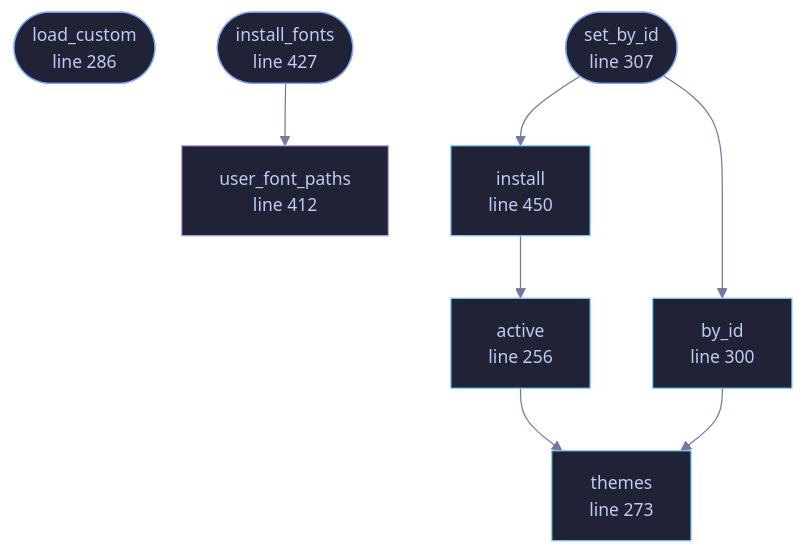
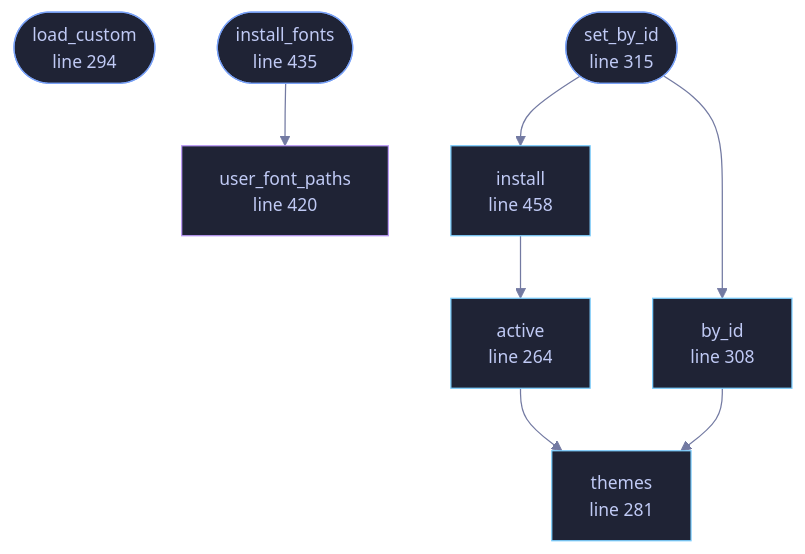
One commit to tilas01/veilvoice changed the diagram in docs/files/veilvoice-gui/theme.md. Above: the diagram before and after it, drawn with Mermaid. The commit also changed other lines of this file and 487 other files, not shown here.

````diff
--- a/docs/files/veilvoice-gui/theme.md
+++ b/docs/files/veilvoice-gui/theme.md
@@ -86,32 +95,32 @@
 ```mermaid
 %%{init: {"theme":"base","themeVariables":{"background":"#1a1b26","primaryColor":"#1f2335","primaryTextColor":"#c0caf5","primaryBorderColor":"#7aa2f7","secondaryColor":"#16161e","tertiaryColor":"#16161e","lineColor":"#737aa2","textColor":"#c0caf5","mainBkg":"#1f2335","nodeBorder":"#7aa2f7","clusterBkg":"#16161e","clusterBorder":"#2f3549","fontFamily":"ui-monospace, SFMono-Regular, Consolas, monospace","fontSize":"14px"}}}%%
 flowchart TD
-    n_active["active<br/>line 256"]
-    n_themes["themes<br/>line 273"]
-    n_load_custom(["load_custom<br/>line 286"])
-    n_by_id["by_id<br/>line 300"]
-    n_set_by_id(["set_by_id<br/>line 307"])
-    n_user_font_paths["user_font_paths<br/>line 412"]
-    n_install_fonts(["install_fonts<br/>line 427"])
-    n_install["install<br/>line 450"]
+    n_active["active<br/>line 264"]
+    n_themes["themes<br/>line 281"]
+    n_load_custom(["load_custom<br/>line 294"])
+    n_by_id["by_id<br/>line 308"]
+    n_set_by_id(["set_by_id<br/>line 315"])
+    n_user_font_paths["user_font_paths<br/>line 420"]
+    n_install_fonts(["install_fonts<br/>line 435"])
+    n_install["install<br/>line 458"]
     n_active --> n_themes
     n_by_id --> n_themes
     n_install --> n_active
     n_install_fonts --> n_user_font_paths
     n_set_by_id --> n_by_id
     n_set_by_id --> n_install
-    click n_active href "https://github.com/tilas01/veilvoice/blob/main/crates/veilvoice-gui/src/theme.rs#L256" "open the source"
-    click n_themes href "https://github.com/tilas01/veilvoice/blob/main/crates/veilvoice-gui/src/theme.rs#L273" "open the source"
-    click n_load_custom href "https://github.com/tilas01/veilvoice/blob/main/crates/veilvoice-gui/src/theme.rs#L286" "open the source"
-    click n_by_id href "https://github.com/tilas01/veilvoice/blob/main/crates/veilvoice-gui/src/theme.rs#L300" "open the source"
-    click n_set_by_id href "https://github.com/tilas01/veilvoice/blob/main/crates/veilvoice-gui/src/theme.rs#L307" "open the source"
-    click n_user_font_paths href "https://github.com/tilas01/veilvoice/blob/main/crates/veilvoice-gui/src/theme.rs#L412" "open the source"
-    click n_install_fonts href "https://github.com/tilas01/veilvoice/blob/main/crates/veilvoice-gui/src/theme.rs#L427" "open the source"
-    click n_install href "https://github.com/tilas01/veilvoice/blob/main/crates/veilvoice-gui/src/theme.rs#L450" "open the source"
+    click n_active href "https://github.com/tilas01/veilvoice/blob/main/crates/veilvoice-gui/src/theme.rs#L264" "open the source"
+    click n_themes href "https://github.com/tilas01/veilvoice/blob/main/crates/veilvoice-gui/src/theme.rs#L281" "open the source"
+    click n_load_custom href "https://github.com/tilas01/veilvoice/blob/main/crates/veilvoice-gui/src/theme.rs#L294" "open the source"
+    click n_by_id href "https://github.com/tilas01/veilvoice/blob/main/crates/veilvoice-gui/src/theme.rs#L308" "open the source"
+    click n_set_by_id href "https://github.com/tilas01/veilvoice/blob/main/crates/veilvoice-gui/src/theme.rs#L315" "open the source"
+    click n_user_font_paths href "https://github.com/tilas01/veilvoice/blob/main/crates/veilvoice-gui/src/theme.rs#L420" "open the source"
+    click n_install_fonts href "https://github.com/tilas01/veilvoice/blob/main/crates/veilvoice-gui/src/theme.rs#L435" "open the source"
+    click n_install href "https://github.com/tilas01/veilvoice/blob/main/crates/veilvoice-gui/src/theme.rs#L458" "open the source"
     classDef entry fill:#1f2335,stroke:#7aa2f7,color:#c0caf5
     class n_load_custom,n_set_by_id,n_install_fonts entry
     classDef api fill:#1f2335,stroke:#7dcfff,color:#c0caf5
     class n_active,n_themes,n_by_id,n_install api
     classDef helper fill:#1f2335,stroke:#bb9af7,color:#c0caf5
     class n_user_font_paths helper
 ```
````
